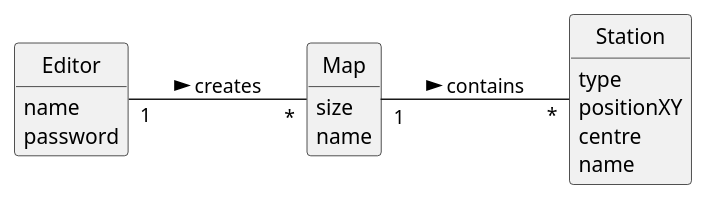
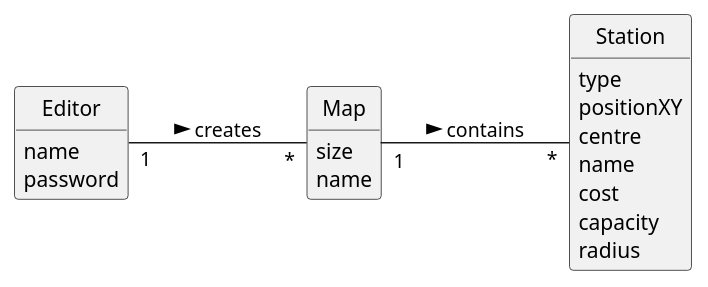
The diagram in docsFinais/US005/02.analysis/puml/US005-DM.puml (1240935/pi2-railway-simulator), drawn with PlantUML before and after one commit. The commit also changed 21 other files, not shown here.

```diff
--- a/docsFinais/US005/02.analysis/puml/US005-DM.puml
+++ b/docsFinais/US005/02.analysis/puml/US005-DM.puml
@@ -1,32 +1,35 @@
 @startuml
 skinparam monochrome true
 skinparam packageStyle rectangle
 skinparam shadowing false
 'skinparam linetype ortho
 'left to right direction
 skinparam classAttributeIconSize 0
 hide circle
 hide methods
 
 left to right direction
 
 class Editor {
     name
     password
 }
 
 class Map {
     size
     name
 }
 
 class Station {
     type
     positionXY
     centre
     name
+    cost
+    capacity
+    radius
 }
 
 Editor "1" -- "*" Map: creates >
 Map "1" -- "*" Station: contains >
 @enduml
```
